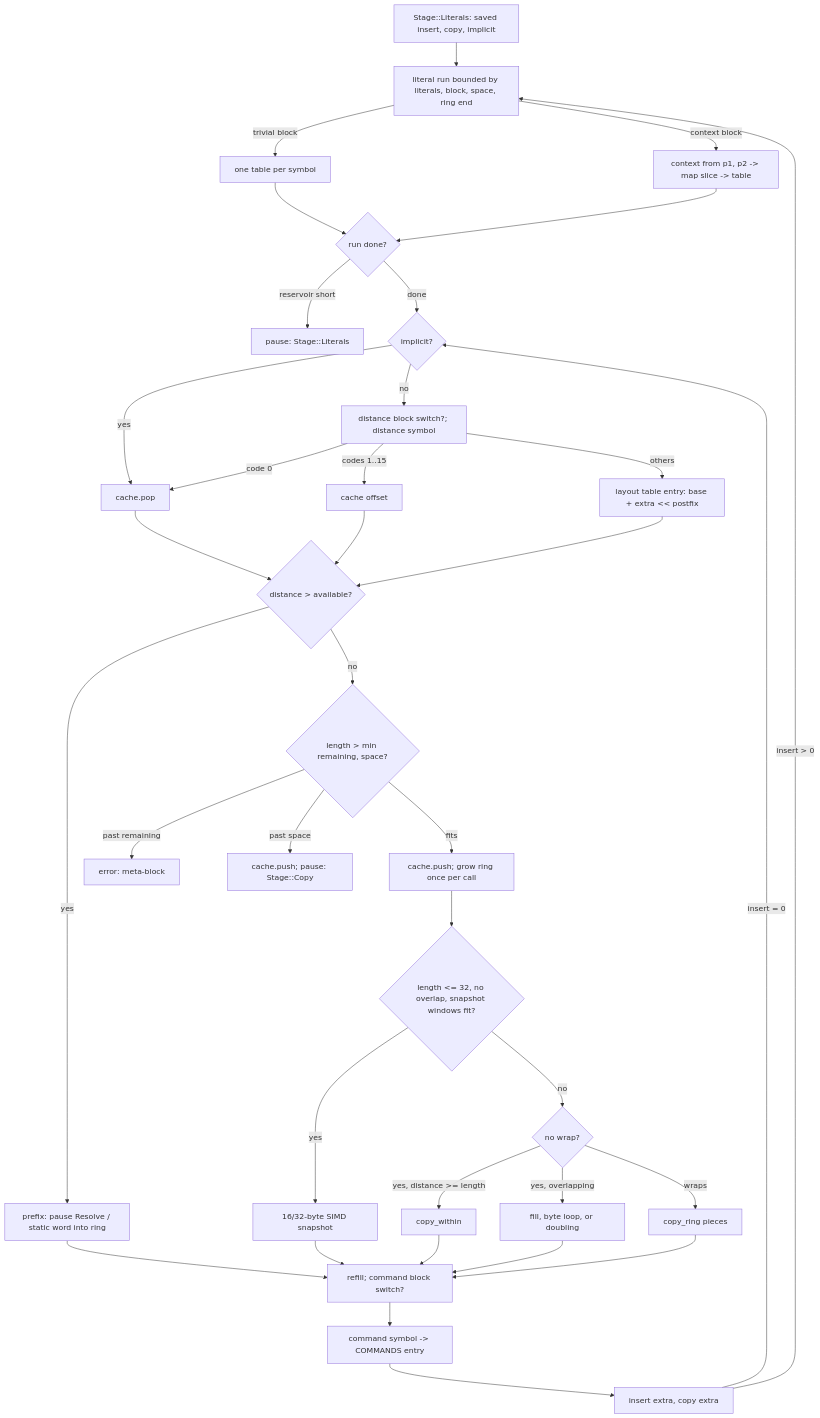
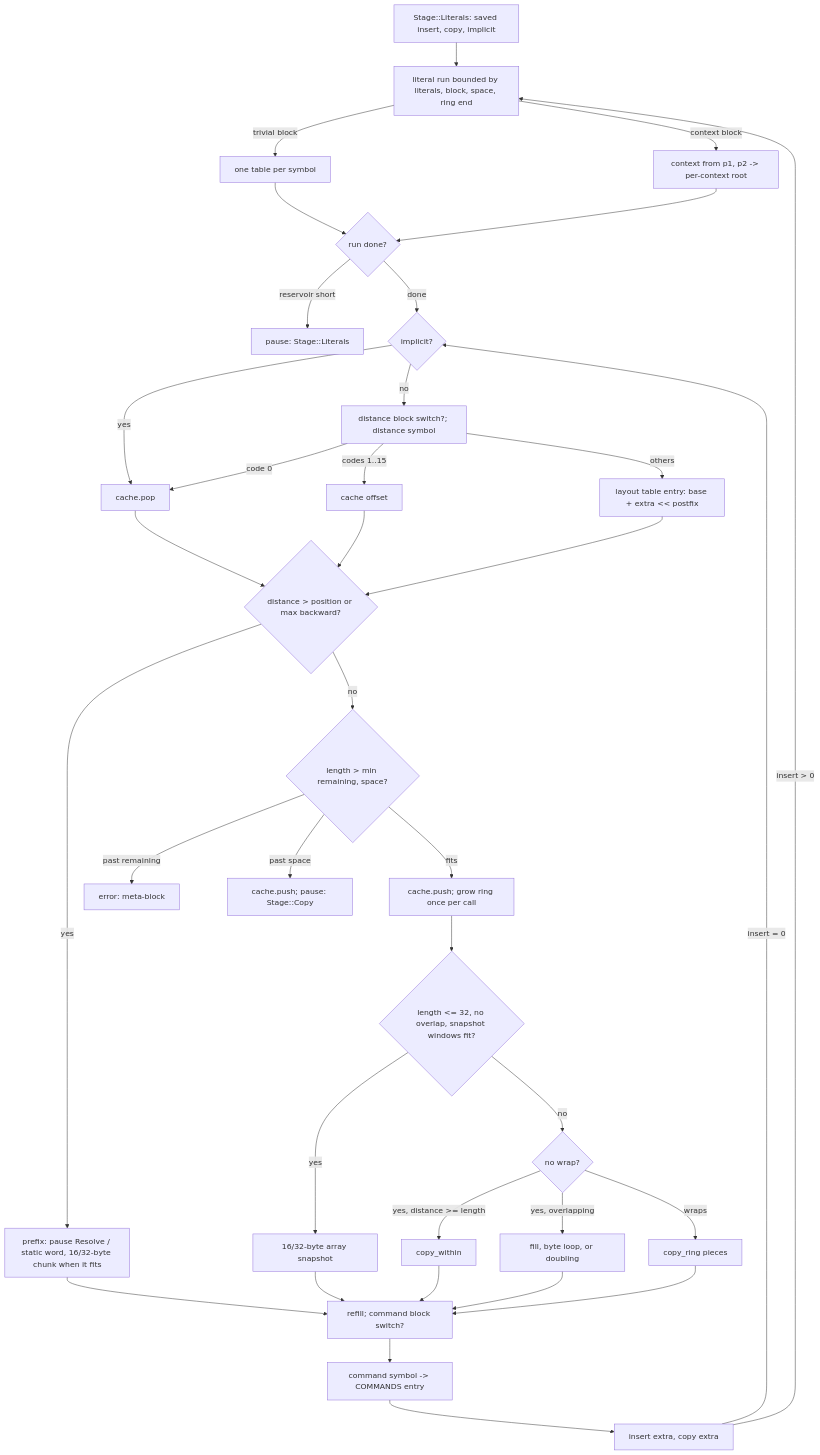
One commit to M-Compressors/mbrotli changed the sixth of 11 diagrams in architecture/decompressor.md. Above: the diagram before and after it, drawn with Mermaid. The commit also changed other lines of this file and 185 other files, not shown here.

````diff
--- a/architecture/decompressor.md
+++ b/architecture/decompressor.md
@@ -336,38 +373,38 @@
 ```mermaid
 flowchart TD
     Resume[Stage::Literals: saved insert, copy, implicit] --> Lit
     Start[refill; command block switch?] --> Cmd[command symbol -> COMMANDS entry]
     Cmd --> Extra[insert extra, copy extra]
     Extra -->|insert > 0| Lit[literal run bounded by literals, block, space, ring end]
     Lit -->|trivial block| One[one table per symbol]
-    Lit -->|context block| Ctx[context from p1, p2 -> map slice -> table]
+    Lit -->|context block| Ctx[context from p1, p2 -> per-context root]
     One --> More{run done?}
     Ctx --> More
     More -->|reservoir short| PauseL[pause: Stage::Literals]
     More -->|done| Dist
     Extra -->|insert = 0| Dist{implicit?}
     Dist -->|yes| Pop[cache.pop]
     Dist -->|no| Sym[distance block switch?; distance symbol]
     Sym -->|code 0| Pop
     Sym -->|codes 1..15| Short[cache offset]
     Sym -->|others| Tab[layout table entry: base + extra << postfix]
     Pop --> Ref
     Short --> Ref
-    Tab --> Ref{distance > available?}
-    Ref -->|yes| Dict[prefix: pause Resolve / static word into ring]
+    Tab --> Ref{distance > position or max backward?}
+    Ref -->|yes| Dict[prefix: pause Resolve / static word, 16/32-byte chunk when it fits]
     Ref -->|no| Limit{length > min remaining, space?}
     Limit -->|past remaining| Corrupt[error: meta-block]
     Limit -->|past space| PauseC[cache.push; pause: Stage::Copy]
     Limit -->|fits| Push[cache.push; grow ring once per call]
     Push --> Snap{length <= 32, no overlap, snapshot windows fit?}
-    Snap -->|yes| Word[16/32-byte SIMD snapshot]
+    Snap -->|yes| Word[16/32-byte array snapshot]
     Snap -->|no| Copy{no wrap?}
     Copy -->|yes, distance >= length| Exact[copy_within]
     Copy -->|yes, overlapping| Overlap[fill, byte loop, or doubling]
     Copy -->|wraps| Ring[copy_ring pieces]
     Word --> Start
     Exact --> Start
     Overlap --> Start
     Ring --> Start
     Dict --> Start
 ```
````
